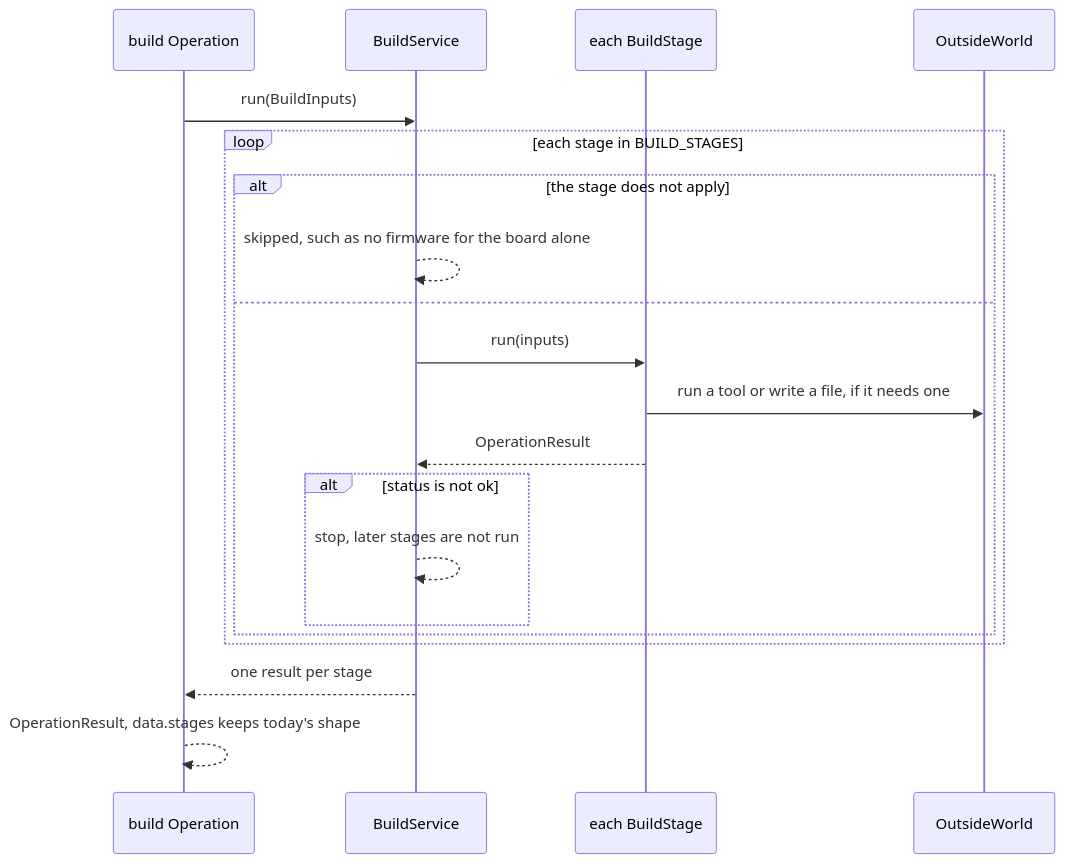
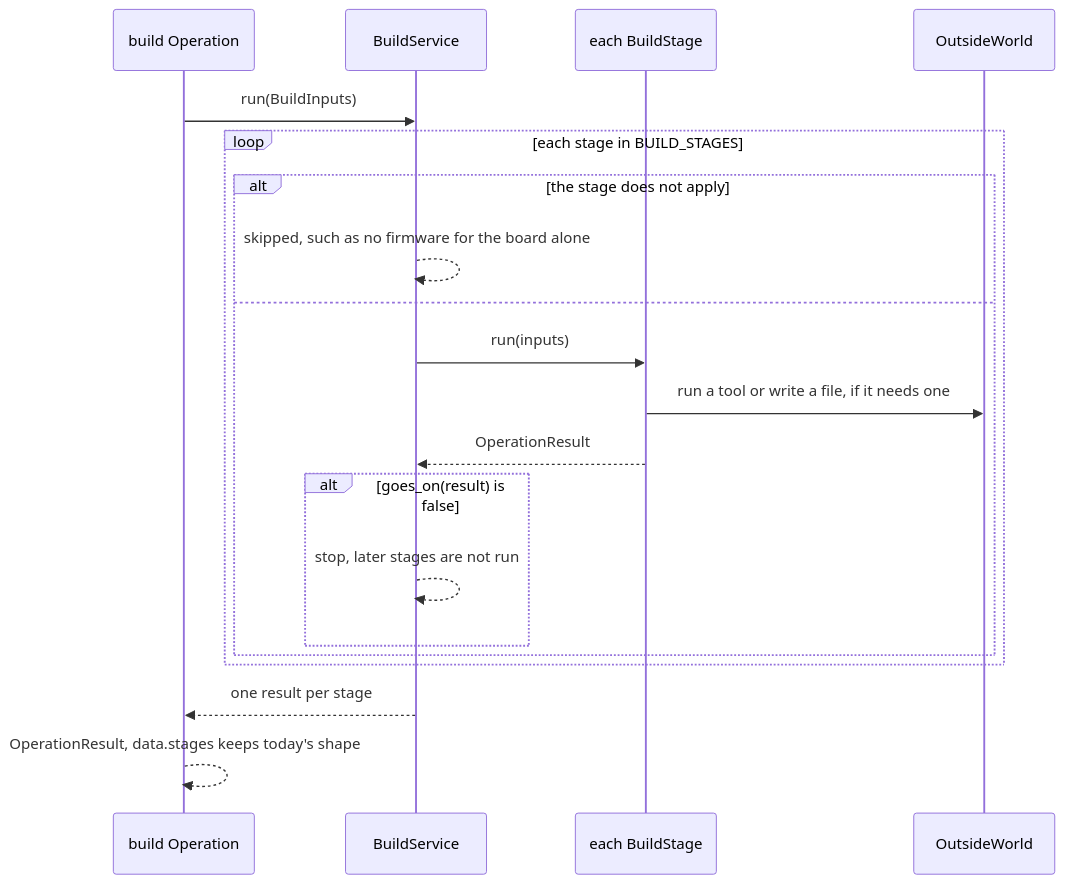
One commit to xmejkal/spark changed the second of 2 diagrams in docs/discovery/2026-10-19-p323-target-architecture/architecture/areas/build.md. Above: the diagram before and after it, drawn with Mermaid. The commit also changed other lines of this file and 13 other files, not shown here.

````diff
--- a/docs/discovery/2026-10-19-p323-target-architecture/architecture/areas/build.md
+++ b/docs/discovery/2026-10-19-p323-target-architecture/architecture/areas/build.md
@@ -109,22 +96,22 @@
 ```mermaid
 sequenceDiagram
   participant OP as build Operation
   participant BS as BuildService
   participant ST as each BuildStage
   participant OW as OutsideWorld
   OP->>BS: run(BuildInputs)
   loop each stage in BUILD_STAGES
     alt the stage does not apply
       BS-->>BS: skipped, such as no firmware for the board alone
     else
       BS->>ST: run(inputs)
       ST->>OW: run a tool or write a file, if it needs one
       ST-->>BS: OperationResult
-      alt status is not ok
+      alt goes_on(result) is false
         BS-->>BS: stop, later stages are not run
       end
     end
   end
   BS-->>OP: one result per stage
   OP-->>OP: OperationResult, data.stages keeps today's shape
 ```
````
